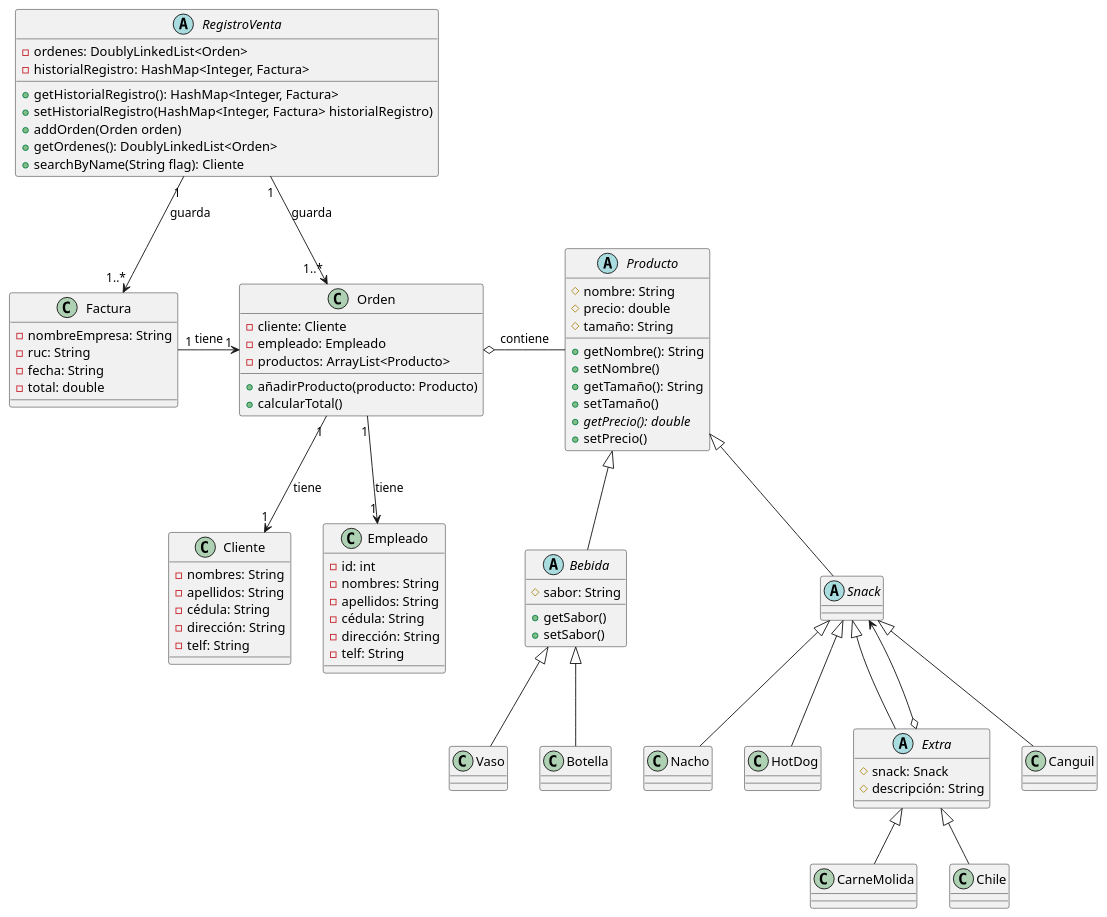
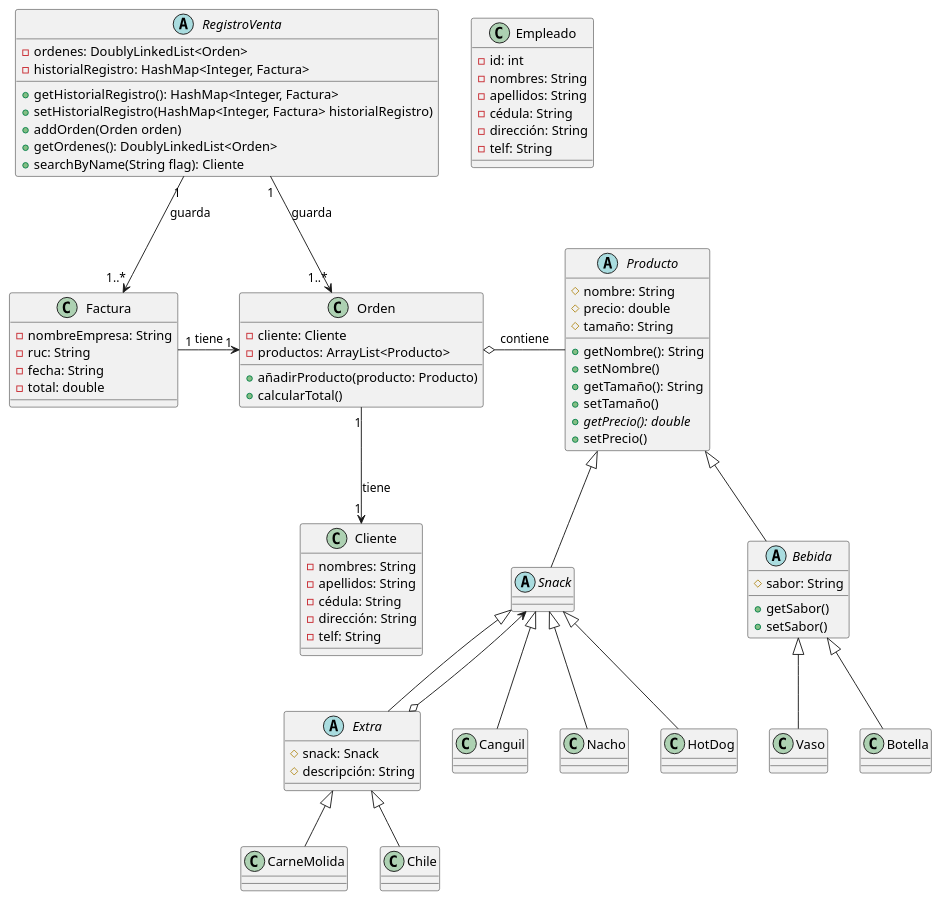
Before and after one commit to CroodcekDeep/Sistema-Cine: the diagram in src/UML/Cinema.puml, drawn with PlantUML.

Commit message:
update: Deleted Empleado class
The employee class was eliminated due to a change in usage perspective, which is for use only by clients.

Ginno Taimal

```diff
--- a/src/UML/Cinema.puml
+++ b/src/UML/Cinema.puml
@@ -1,136 +1,134 @@
 @startuml
 'https://plantuml.com/class-diagram
 
 abstract class RegistroVenta{
     -ordenes: DoublyLinkedList<Orden>
     -historialRegistro: HashMap<Integer, Factura>
 
     +getHistorialRegistro(): HashMap<Integer, Factura>
     +setHistorialRegistro(HashMap<Integer, Factura> historialRegistro)
     +addOrden(Orden orden)
     +getOrdenes(): DoublyLinkedList<Orden>
     +searchByName(String flag): Cliente
 }
 
 class Cliente {
     -nombres: String
     -apellidos: String
     -cédula: String
     -dirección: String
     -telf: String
     '+getNombres()
     '+setNombres()
     '+getApellidos()
     '+setApellidos()
     '+getCédula()
     '+setCédula()
     '+getDirección()
     '+setDirección()
     '+getTelf()
     '+setTelf()
 }
 
 class Empleado{
     -id: int
     -nombres: String
     -apellidos: String
     -cédula: String
     -dirección: String
     -telf: String
     '+getId()
     '+setId()
     '+getNombres()
     '+setNombres()
     '+getApellidos()
     '+setApellidos()
     '+getCédula()
     '+setCédula()
     '+getDirección()
     '+setDirección()
     '+getTelf()
     '+setTelf()
 }
 
 class Factura{
     -nombreEmpresa: String
     -ruc: String
     -fecha: String
     -total: double
 }
 
 class Orden {
     -cliente: Cliente
-    -empleado: Empleado
     -productos: ArrayList<Producto>
 
     +añadirProducto(producto: Producto)
     +calcularTotal()
 }
 
 ' Comprar Comida
 abstract class Producto{
     #nombre: String
     #precio: double
     #tamaño: String
 
     +getNombre(): String
     +setNombre()
     +getTamaño(): String
     +setTamaño()
     +getPrecio(): double {abstract}
     +setPrecio()
 }
 
 abstract class Bebida{
     #sabor: String
 
     +getSabor()
     +setSabor()
 }
 
 abstract class Snack {
 
 }
 
 abstract class Extra{
     #snack: Snack
     #descripción: String
 }
 
 class Canguil{
     '+precio(): double
 }
 
 class Nacho{
     '+precio(): double
 }
 
 class HotDog{
     '+precio(): double
 }
 
 ' Patrón de Diseño -> Decorator
 Orden o- Producto: contiene
 
 Factura "1"->"1" Orden: tiene
 
 Producto <|-- Snack
 Producto <|-- Bebida
 
 Snack <|-- Extra
 Snack <--o Extra
 Snack <|-- Nacho
 Snack <|-- HotDog
 Snack <|-- Canguil
 Extra <|-- CarneMolida
 Extra <|-- Chile
 
 Bebida <|-- Vaso
 Bebida <|-- Botella
 
 Orden "1"-->"1" Cliente: tiene
-Orden "1"-->"1" Empleado: tiene
 RegistroVenta "1"-->"1..*" Orden: guarda
 RegistroVenta "1"-->"1..*" Factura: guarda
 
 @enduml
```
